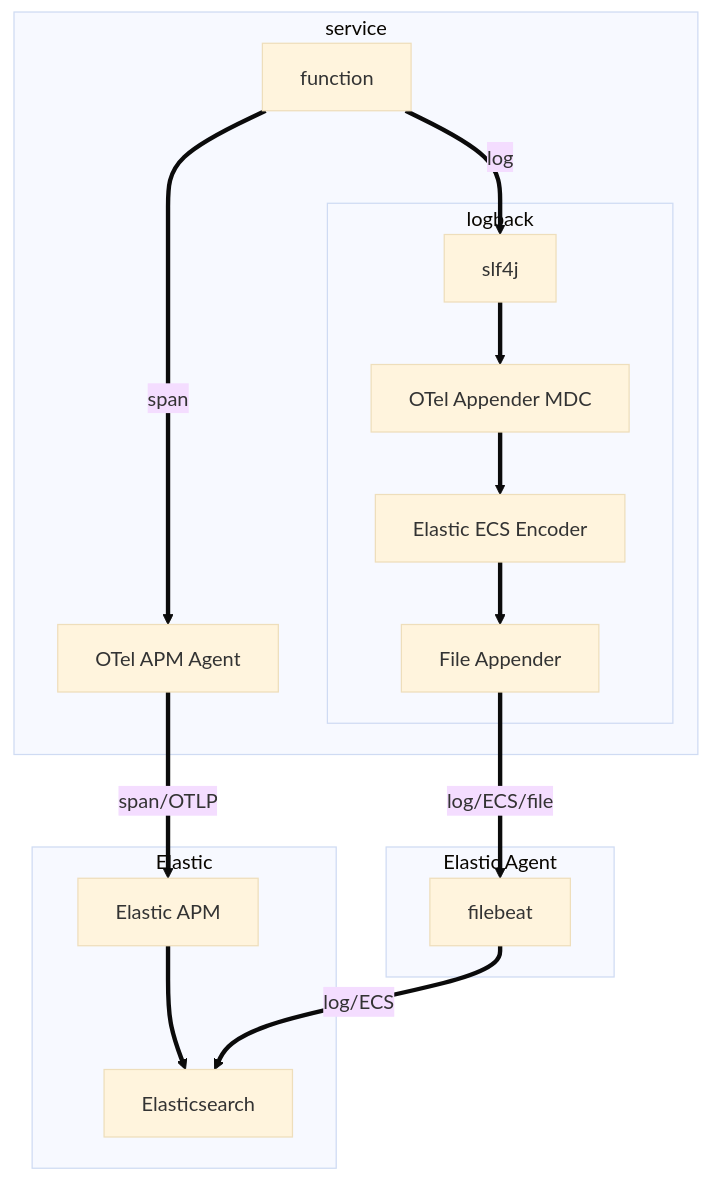
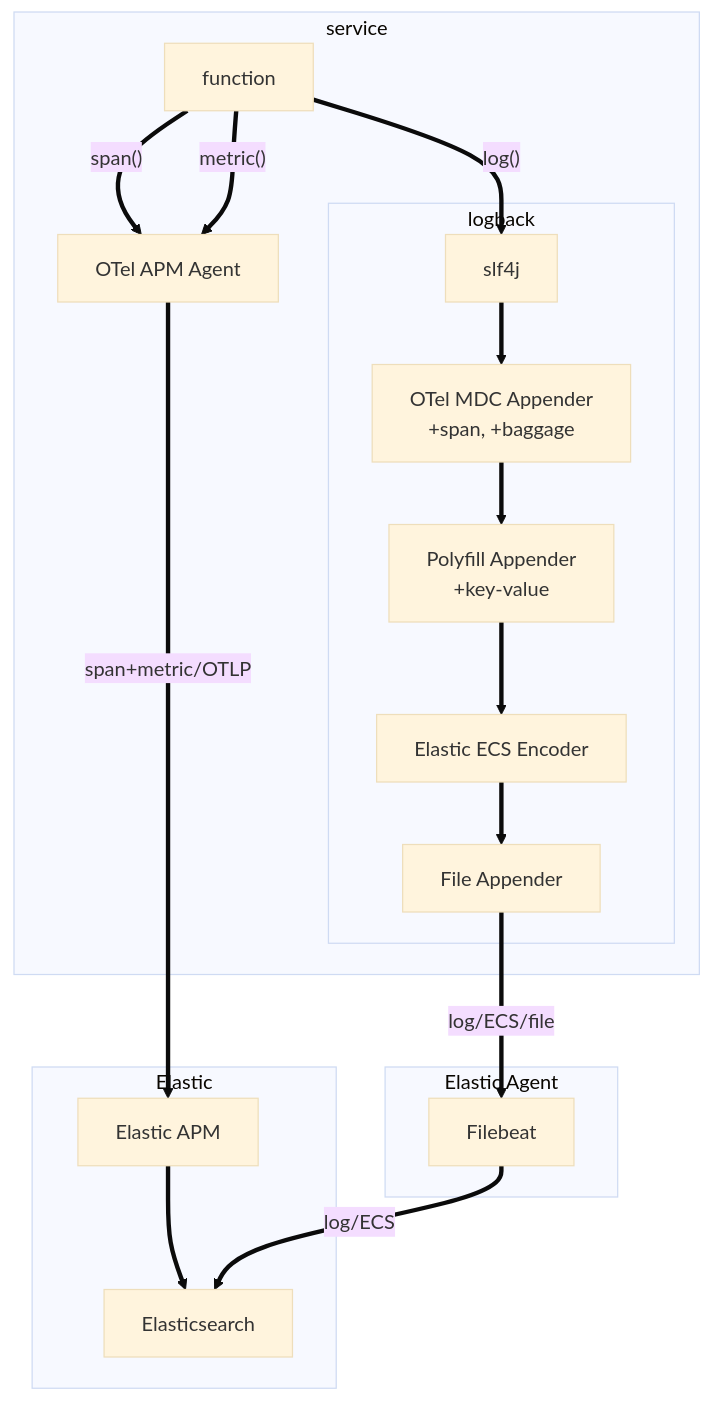
Before and after one commit to ty-elastic/otel-logging: the third of 3 diagrams in README.md, drawn with Mermaid (base theme). The commit also changed other lines of this file and 15 other files, not shown here.

````diff
--- a/README.md
+++ b/README.md
@@ -175,30 +201,25 @@
 ```mermaid
 flowchart TB
-
-
-
     subgraph Agent[Elastic Agent]
-    Filebeat[filebeat]
+    Filebeat[Filebeat]
     end
 
     subgraph Elastic
     ElasticAPM[Elastic APM] ==> Elasticsearch
     end
 
     subgraph Service1[service]
     OTEL1[OTel APM Agent]
-    func[function] == log ==> SLF4J1
-    func == span ==> OTEL1
+    func[function] == "log()" ==> SLF4J1
+    func == "span()" ==> OTEL1
+    func == "metric()" ==> OTEL1
     subgraph logback
-    SLF4J1[slf4j] ==> lbOTEL1[OTel Appender MDC]
+    SLF4J1[slf4j] ==> lbOTEL3["OTel MDC Appender\n+span, +baggage"]
+    lbOTEL3 ==> lbOTEL1["Polyfill Appender\n+key-value"]
     lbOTEL1 ==> lbECS1[Elastic ECS Encoder] ==> lbFILE1[File Appender]
     lbFILE1 == log/ECS/file ==> Filebeat == log/ECS ==> Elasticsearch
     end
 
-
-
-    OTEL1[OTel APM Agent] == span/OTLP ==> ElasticAPM
+    OTEL1[OTel APM Agent] == span+metric/OTLP ==> ElasticAPM
     end
-
-
 ```
````
